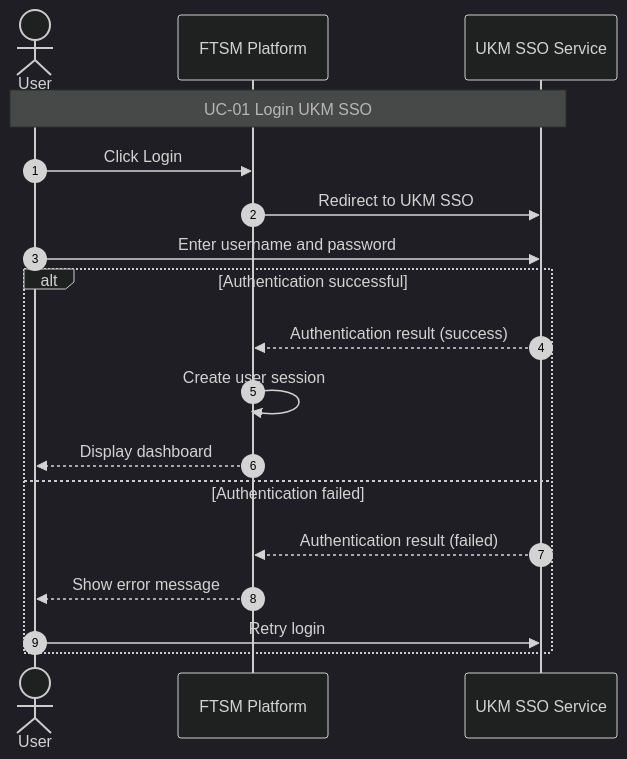
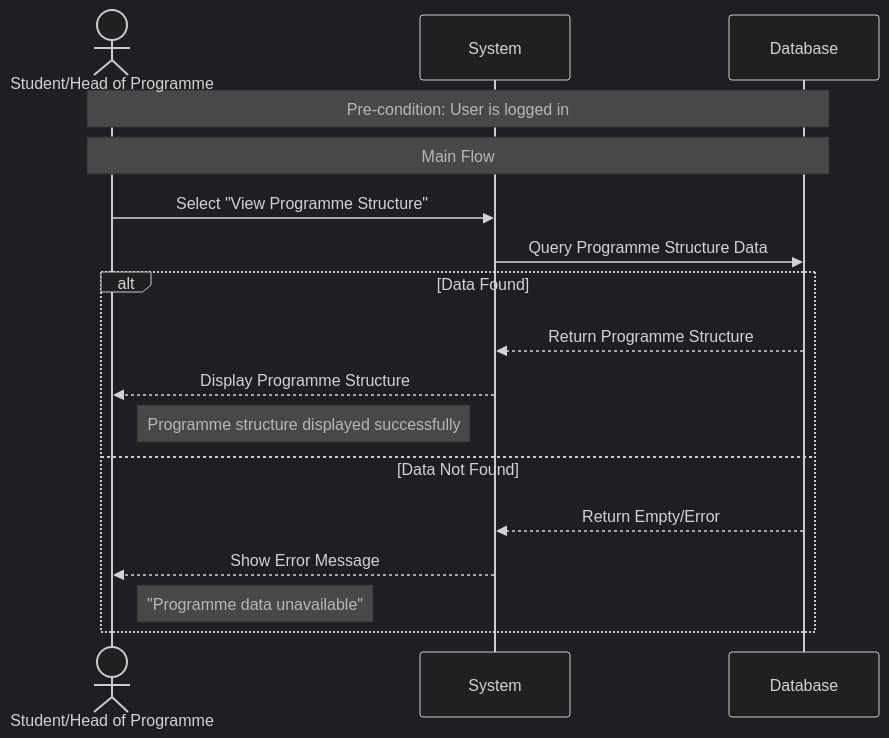
One commit to Lifantastic-O/iodraw-files changed the diagram in all/未命名-1.md. Above: the diagram before and after it, drawn with Mermaid (dark theme).

Commit message:
2025-12-18 17:17:27 update

````diff
--- a/all/未命名-1.md
+++ b/all/未命名-1.md
@@ -1,23 +1,20 @@
 ```mermaid
 sequenceDiagram
-autonumber
-actor User
-participant System as FTSM Platform
-participant SSO as UKM SSO Service
+    actor User as Student/Head of Programme
+    participant System
+    participant DB as Database
 
-Note over User,SSO: UC-01 Login UKM SSO
-User->>System: Click Login
-System->>SSO: Redirect to UKM SSO
-User->>SSO: Enter username and password
-
-alt Authentication successful
-SSO-->>System: Authentication result (success)
-System->>System: Create user session
-System-->>User: Display dashboard
-else Authentication failed
-SSO-->>System: Authentication result (failed)
-System-->>User: Show error message
-User->>SSO: Retry login
-end
-
+    Note over User,DB: Pre-condition: User is logged in
+    Note over User,DB: Main Flow
+    User->>System: Select "View Programme Structure"
+    System->>DB: Query Programme Structure Data
+    alt Data Found
+        DB-->>System: Return Programme Structure
+        System-->>User: Display Programme Structure
+        Note right of User: Programme structure displayed successfully
+    else Data Not Found
+        DB-->>System: Return Empty/Error
+        System-->>User: Show Error Message
+        Note right of User: "Programme data unavailable"
+    end
 ```
````
